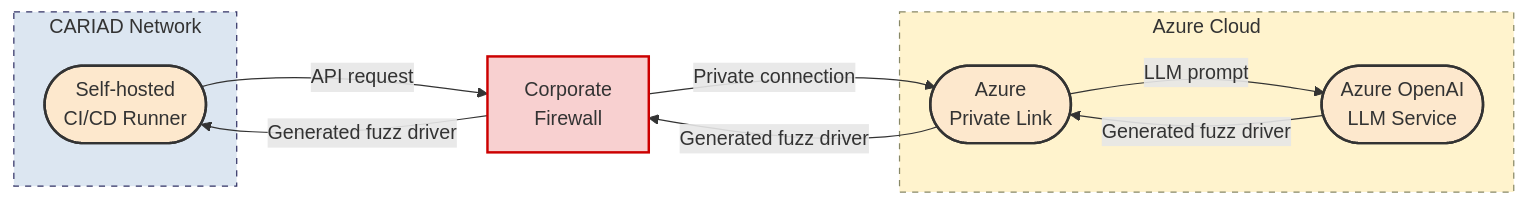
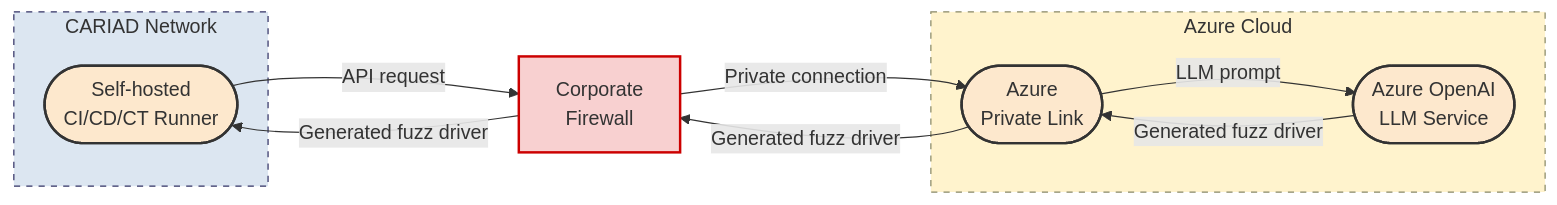
One commit to DARREN-2000/temporary changed the sixth of 7 diagrams in Thesis_Latex/diagrams_mermaid.md. Above: the diagram before and after it, drawn with Mermaid. The commit also changed other lines of this file and 11 other files, not shown here.

````diff
--- a/Thesis_Latex/diagrams_mermaid.md
+++ b/Thesis_Latex/diagrams_mermaid.md
@@ -434,30 +434,30 @@
 ```mermaid
 flowchart LR
     %% ===== COMPONENTS =====
     subgraph CARIAD["CARIAD Network"]
-        RUNNER(["Self-hosted<br/>CI/CD Runner"])
+        RUNNER(["Self-hosted<br/>CI/CD/CT Runner"])
     end
 
     subgraph Azure["Azure Cloud"]
         PL(["Azure<br/>Private Link"])
         LLM(["Azure OpenAI<br/>LLM Service"])
     end
 
     FW["Corporate<br/>Firewall"]
 
     %% ===== FLOW =====
     RUNNER -->|API request| FW
     FW -->|Private connection| PL
     PL -->|LLM prompt| LLM
     LLM -->|Generated fuzz driver| PL
     PL -->|Generated fuzz driver| FW
     FW -->|Generated fuzz driver| RUNNER
 
     %% ===== STYLING =====
     style RUNNER fill:#fde8cd,stroke:#333,stroke-width:2px
     style FW fill:#f8d0d0,stroke:#c00,stroke-width:2px
     style PL fill:#fde8cd,stroke:#333,stroke-width:2px
     style LLM fill:#fde8cd,stroke:#333,stroke-width:2px
     style CARIAD fill:#dce6f1,stroke:#336,stroke-width:1px,stroke-dasharray:5
     style Azure fill:#fff3cd,stroke:#886,stroke-width:1px,stroke-dasharray:5
 ```
````
